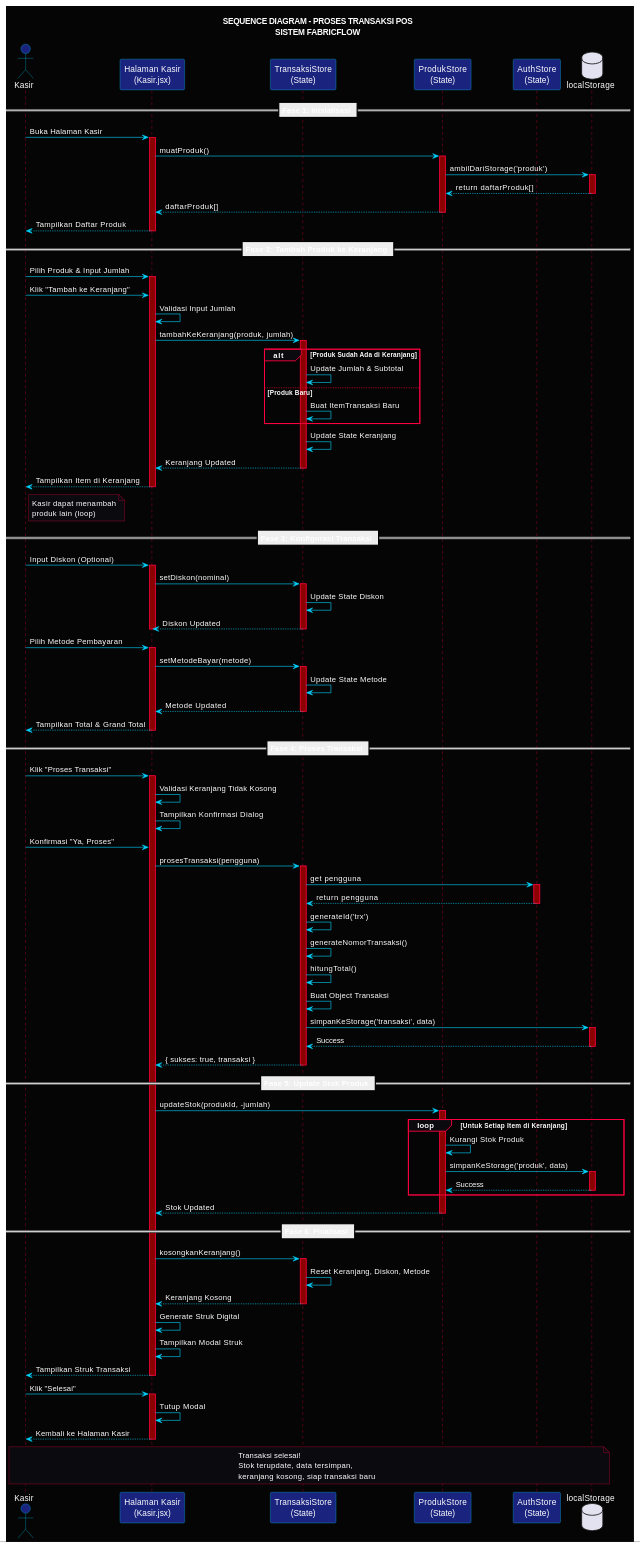
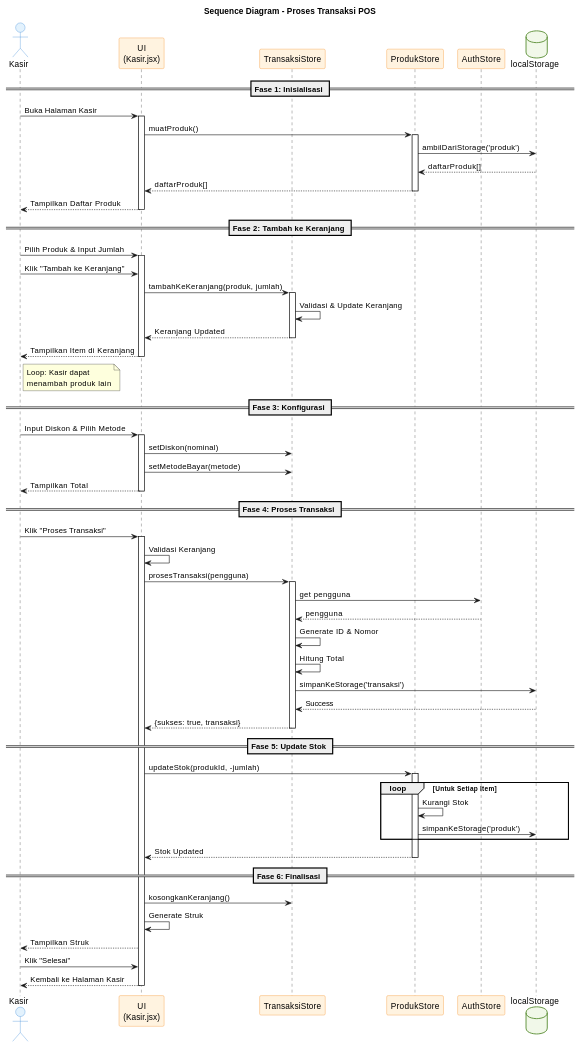
Before and after one commit to zeen-lien/felina: the fourth of 4 diagrams in tugas_uas/bagian_5.md, drawn with PlantUML. The commit also changed other lines of this file and 2 other files, not shown here.

Commit message:
fix: Improve all diagrams - white background, remove Mermaid, better layout for Word/print

````diff
--- a/tugas_uas/bagian_5.md
+++ b/tugas_uas/bagian_5.md
@@ -898,158 +454,102 @@
 ```plantuml
 @startuml
-skinparam backgroundColor #050505
-skinparam sequenceActorBackgroundColor #1a237e
-skinparam sequenceActorBorderColor #00d4ff
-skinparam sequenceParticipantBackgroundColor #1a237e
-skinparam sequenceParticipantBorderColor #00d4ff
-skinparam sequenceLifeLineBackgroundColor #8B0000
-skinparam sequenceLifeLineBorderColor #ff0040
-skinparam sequenceArrowColor #00d4ff
-skinparam sequenceGroupBackgroundColor #0a0a0f
-skinparam sequenceGroupBorderColor #ff0040
-skinparam defaultFontColor #ffffff
-skinparam noteBorderColor #ff0040
-skinparam noteBackgroundColor #0a0a0f
+skinparam backgroundColor #FFFFFF
+skinparam defaultFontColor #000000
+skinparam shadowing false
 
-title SEQUENCE DIAGRAM - PROSES TRANSAKSI POS\nSISTEM FABRICFLOW
+skinparam actor {
+    BackgroundColor #E3F2FD
+    BorderColor #1976D2
+}
+
+skinparam participant {
+    BackgroundColor #FFF3E0
+    BorderColor #F57C00
+}
+
+skinparam database {
+    BackgroundColor #F1F8E9
+    BorderColor #558B2F
+}
+
+title Sequence Diagram - Proses Transaksi POS
 
 actor Kasir as kasir
-participant "Halaman Kasir\n(Kasir.jsx)" as ui
-participant "TransaksiStore\n(State)" as transaksiStore
-participant "ProdukStore\n(State)" as produkStore
-participant "AuthStore\n(State)" as authStore
-database "localStorage" as storage
+participant "UI\n(Kasir.jsx)" as ui
+participant "TransaksiStore" as ts
+participant "ProdukStore" as ps
+participant "AuthStore" as as
+database "localStorage" as db
 
 == Fase 1: Inisialisasi ==
 kasir -> ui : Buka Halaman Kasir
 activate ui
-ui -> produkStore : muatProduk()
-activate produkStore
-produkStore -> storage : ambilDariStorage('produk')
-activate storage
-storage --> produkStore : return daftarProduk[]
-deactivate storage
-produkStore --> ui : daftarProduk[]
-deactivate produkStore
+ui -> ps : muatProduk()
+activate ps
+ps -> db : ambilDariStorage('produk')
+db --> ps : daftarProduk[]
+ps --> ui : daftarProduk[]
+deactivate ps
 ui --> kasir : Tampilkan Daftar Produk
 deactivate ui
 
-== Fase 2: Tambah Produk ke Keranjang ==
+== Fase 2: Tambah ke Keranjang ==
 kasir -> ui : Pilih Produk & Input Jumlah
 activate ui
 kasir -> ui : Klik "Tambah ke Keranjang"
-ui -> ui : Validasi Input Jumlah
-ui -> transaksiStore : tambahKeKeranjang(produk, jumlah)
-activate transaksiStore
-
-alt Produk Sudah Ada di Keranjang
-    transaksiStore -> transaksiStore : Update Jumlah & Subtotal
-else Produk Baru
-    transaksiStore -> transaksiStore : Buat ItemTransaksi Baru
-end
-
-transaksiStore -> transaksiStore : Update State Keranjang
-transaksiStore --> ui : Keranjang Updated
-deactivate transaksiStore
+ui -> ts : tambahKeKeranjang(produk, jumlah)
+activate ts
+ts -> ts : Validasi & Update Keranjang
+ts --> ui : Keranjang Updated
+deactivate ts
 ui --> kasir : Tampilkan Item di Keranjang
 deactivate ui
 
 note right of kasir
-  Kasir dapat menambah
-  produk lain (loop)
+  Loop: Kasir dapat
+  menambah produk lain
 end note
 
-== Fase 3: Konfigurasi Transaksi ==
-kasir -> ui : Input Diskon (Optional)
+== Fase 3: Konfigurasi ==
+kasir -> ui : Input Diskon & Pilih Metode
 activate ui
-ui -> transaksiStore : setDiskon(nominal)
-activate transaksiStore
-transaksiStore -> transaksiStore : Update State Diskon
-transaksiStore --> ui : Diskon Updated
-deactivate transaksiStore
-deactivate ui
-
-kasir -> ui : Pilih Metode Pembayaran
-activate ui
-ui -> transaksiStore : setMetodeBayar(metode)
-activate transaksiStore
-transaksiStore -> transaksiStore : Update State Metode
-transaksiStore --> ui : Metode Updated
-deactivate transaksiStore
-ui --> kasir : Tampilkan Total & Grand Total
+ui -> ts : setDiskon(nominal)
+ui -> ts : setMetodeBayar(metode)
+ui --> kasir : Tampilkan Total
 deactivate ui
 
 == Fase 4: Proses Transaksi ==
 kasir -> ui : Klik "Proses Transaksi"
 activate ui
-ui -> ui : Validasi Keranjang Tidak Kosong
-ui -> ui : Tampilkan Konfirmasi Dialog
+ui -> ui : Validasi Keranjang
+ui -> ts : prosesTransaksi(pengguna)
+activate ts
+ts -> as : get pengguna
+as --> ts : pengguna
+ts -> ts : Generate ID & Nomor
+ts -> ts : Hitung Total
+ts -> db : simpanKeStorage('transaksi')
+db --> ts : Success
+ts --> ui : {sukses: true, transaksi}
+deactivate ts
 
-kasir -> ui : Konfirmasi "Ya, Proses"
-ui -> transaksiStore : prosesTransaksi(pengguna)
-activate transaksiStore
-
-' Get user info
-transaksiStore -> authStore : get pengguna
-activate authStore
-authStore --> transaksiStore : return pengguna
-deactivate authStore
-
-' Generate transaction
-transaksiStore -> transaksiStore : generateId('trx')
-transaksiStore -> transaksiStore : generateNomorTransaksi()
-transaksiStore -> transaksiStore : hitungTotal()
-
-' Create transaction object
-transaksiStore -> transaksiStore : Buat Object Transaksi
-
-' Save transaction
-transaksiStore -> storage : simpanKeStorage('transaksi', data)
-activate storage
-storage --> transaksiStore : Success
-deactivate storage
-
-transaksiStore --> ui : { sukses: true, transaksi }
-deactivate transaksiStore
-
-== Fase 5: Update Stok Produk ==
-ui -> produkStore : updateStok(produkId, -jumlah)
-activate produkStore
-
-loop Untuk Setiap Item di Keranjang
-    produkStore -> produkStore : Kurangi Stok Produk
-    produkStore -> storage : simpanKeStorage('produk', data)
-    activate storage
-    storage --> produkStore : Success
-    deactivate storage
+== Fase 5: Update Stok ==
+ui -> ps : updateStok(produkId, -jumlah)
+activate ps
+loop Untuk Setiap Item
+    ps -> ps : Kurangi Stok
+    ps -> db : simpanKeStorage('produk')
 end
-
-produkStore --> ui : Stok Updated
-deactivate produkStore
+ps --> ui : Stok Updated
+deactivate ps
 
 == Fase 6: Finalisasi ==
-ui -> transaksiStore : kosongkanKeranjang()
-activate transaksiStore
-transaksiStore -> transaksiStore : Reset Keranjang, Diskon, Metode
-transaksiStore --> ui : Keranjang Kosong
-deactivate transaksiStore
-
-ui -> ui : Generate Struk Digital
-ui -> ui : Tampilkan Modal Struk
-ui --> kasir : Tampilkan Struk Transaksi
-deactivate ui
-
+ui -> ts : kosongkanKeranjang()
+ui -> ui : Generate Struk
+ui --> kasir : Tampilkan Struk
 kasir -> ui : Klik "Selesai"
-activate ui
-ui -> ui : Tutup Modal
 ui --> kasir : Kembali ke Halaman Kasir
 deactivate ui
 
-note over kasir, storage
-  Transaksi selesai!
-  Stok terupdate, data tersimpan,
-  keranjang kosong, siap transaksi baru
-end note
-
 @enduml
 ```
````
